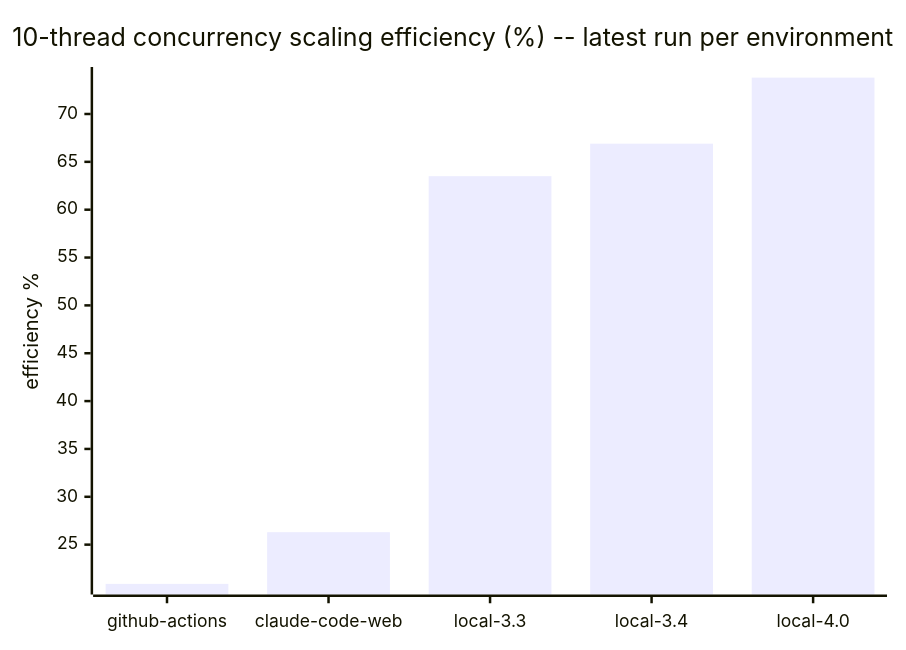
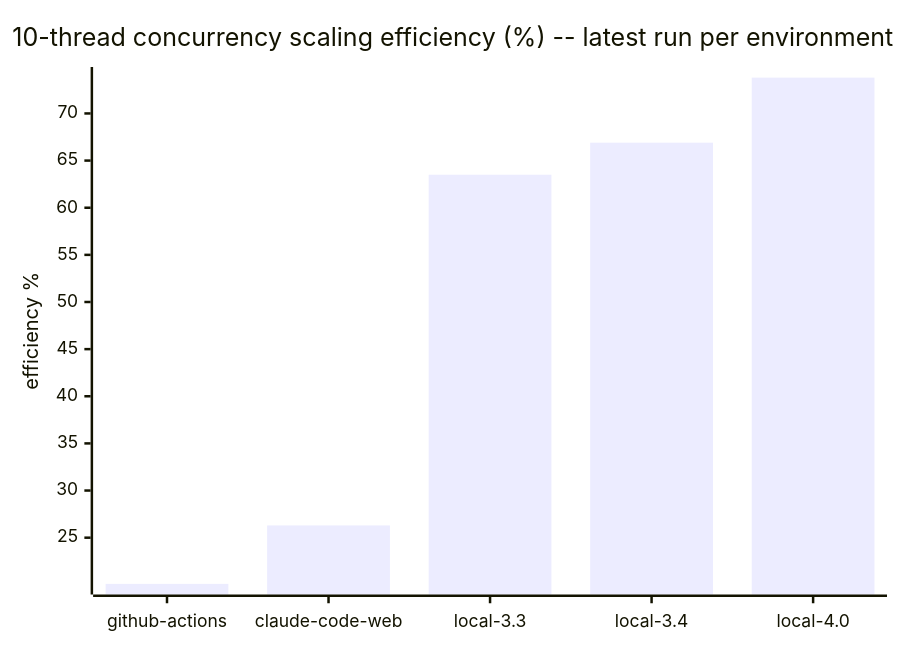
Before and after one commit to cpb/duckling: the seventh of 7 diagrams in docs/benchmarks/README.md, drawn with Mermaid. The commit also changed other lines of this file and 1 other file, not shown here.

````diff
--- a/docs/benchmarks/README.md
+++ b/docs/benchmarks/README.md
@@ -223,7 +223,7 @@
 ```mermaid
 xychart-beta
     title "10-thread concurrency scaling efficiency (%) -- latest run per environment"
     x-axis [github-actions, claude-code-web, local-3.3, local-3.4, local-4.0]
     y-axis "efficiency %"
-    bar "efficiency_pct" [20.9, 26.3, 63.5, 66.9, 73.8]
+    bar "efficiency_pct" [20.1, 26.3, 63.5, 66.9, 73.8]
 ```
````
